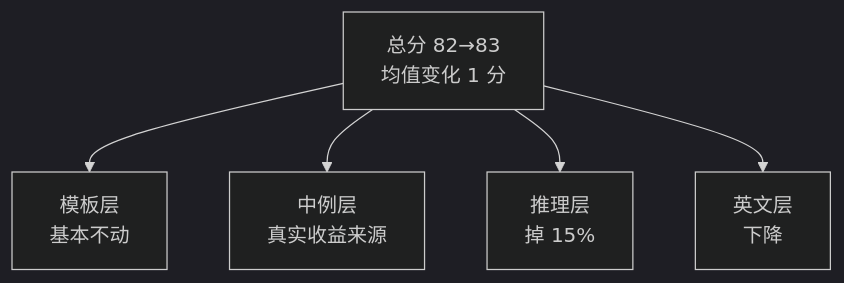
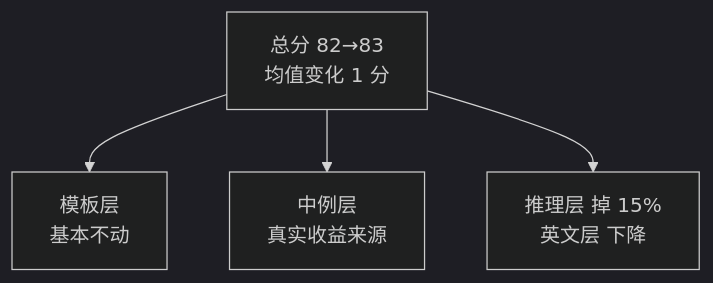
Before and after one commit to hub138/technical-knowledge: the second of 2 diagrams in vault/工程知识/AI 系统工程：从模型能力到生产能力/质量与运营/评测集的构建与维护：从场景采样到难度分层.md, drawn with Mermaid (dark theme). The commit also changed other lines of this file and 622 other files, not shown here.

````diff
--- a/vault/工程知识/AI 系统工程：从模型能力到生产能力/质量与运营/评测集的构建与维护：从场景采样到难度分层.md
+++ b/vault/工程知识/AI 系统工程：从模型能力到生产能力/质量与运营/评测集的构建与维护：从场景采样到难度分层.md
@@ -45,7 +55,6 @@
 ```mermaid
 flowchart TB
     a["总分 82→83<br/>均值变化 1 分"] --> b1["模板层<br/>基本不动"]
     a --> b2["中例层<br/>真实收益来源"]
-    a --> b3["推理层<br/>掉 15%"]
-    a --> b4["英文层<br/>下降"]
+    a --> b3["推理层 掉 15%<br/>英文层 下降"]
 ```
````
